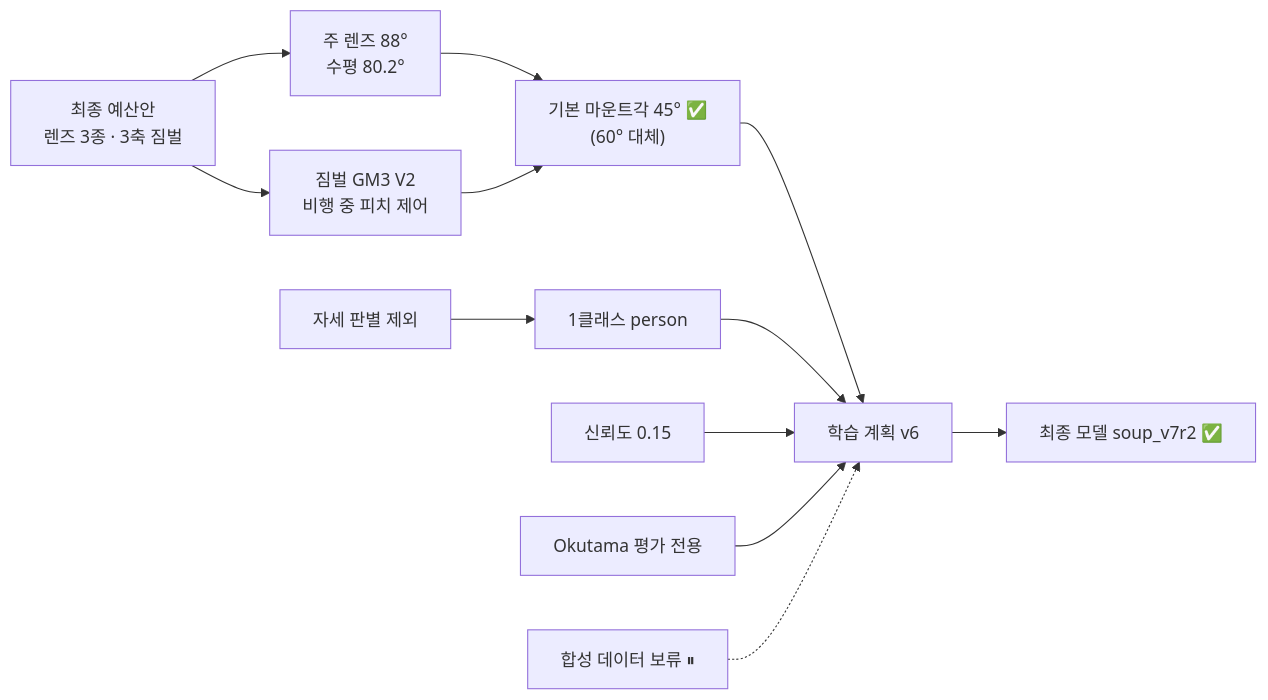
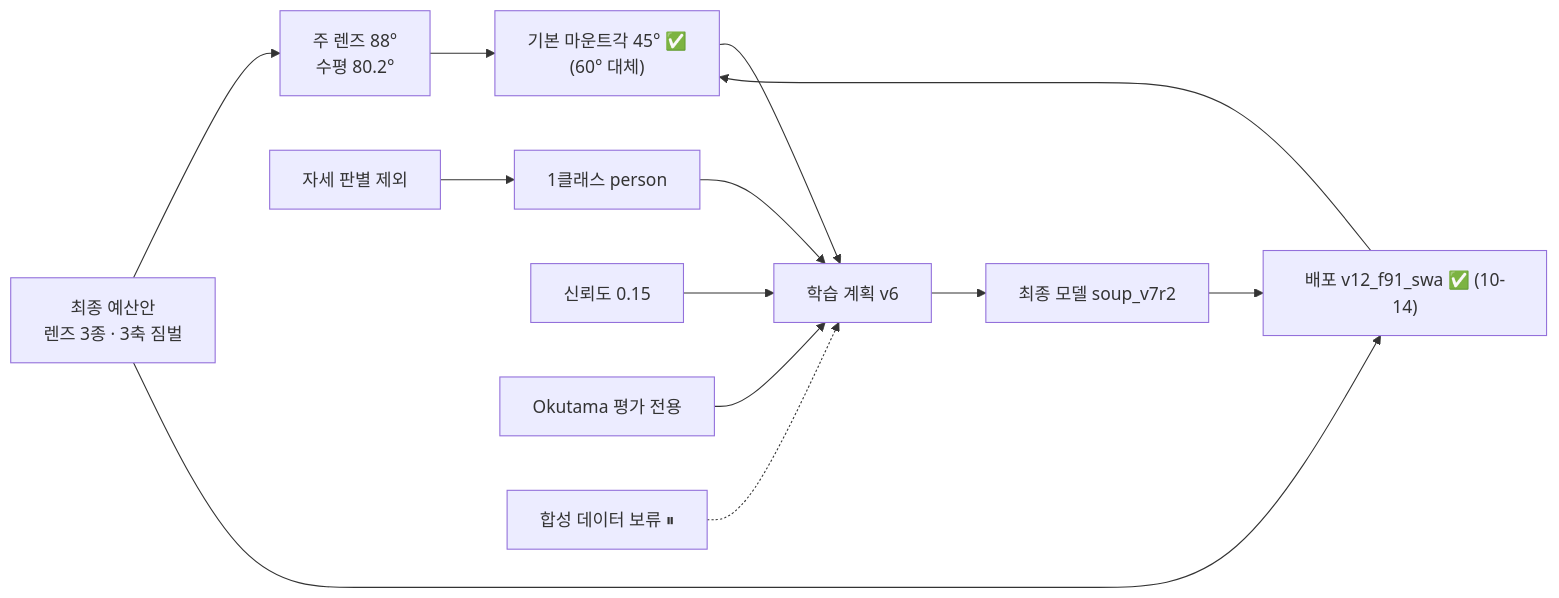
Before and after one commit to tim9985/Capstone: the diagram in obsidian/05 결정/_결정 색인.md, drawn with Mermaid. The commit also changed other lines of this file and 17 other files, not shown here.

````diff
--- a/obsidian/05 결정/_결정 색인.md
+++ b/obsidian/05 결정/_결정 색인.md
@@ -10,13 +10,13 @@
 ```mermaid
 flowchart LR
     B["최종 예산안<br/>렌즈 3종 · 3축 짐벌"] --> L["주 렌즈 88°<br/>수평 80.2°"]
     B --> G["짐벌 GM3 V2<br/>비행 중 피치 제어"]
     L --> M["기본 마운트각 45° ✅<br/>(60° 대체)"]
     G --> M
     M --> P["학습 계획 v6"]
-    P --> F["최종 모델 soup_v7r2 ✅"]
+    P --> F["최종 모델 soup_v7r2"] --> G["배포 v12_f91_swa ✅ (10-14)"]
     X["자세 판별 제외"] --> O["1클래스 person"] --> P
     T["신뢰도 0.15"] --> P
     K["Okutama 평가 전용"] --> P
     S["합성 데이터 보류 ⏸"] -.-> P
 ```
````
